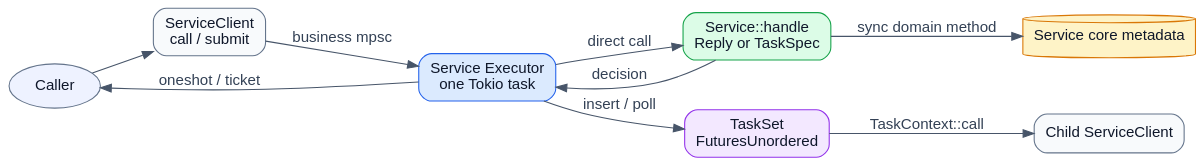
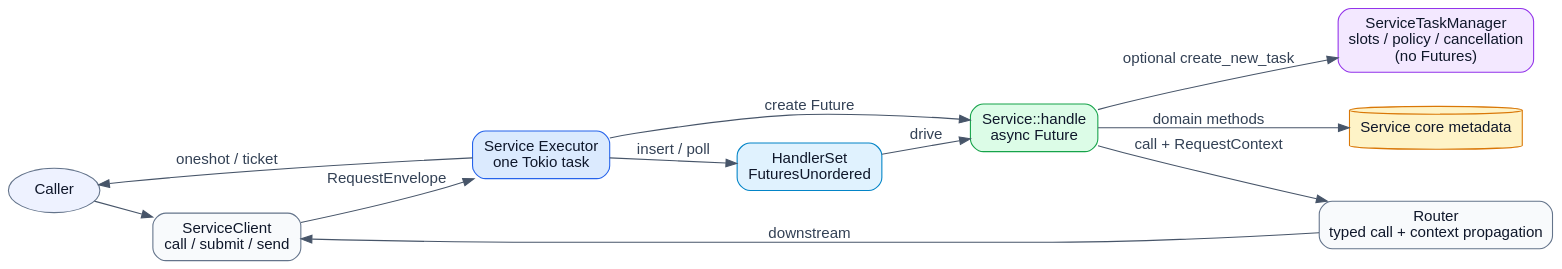
Before and after one commit to limushu/runtime: the diagram in docs/diagrams/runtime.dot, drawn with Graphviz. The commit also changed 33 other files, not shown here.

Commit message:
refactor: make handler futures the execution unit

```diff
--- a/docs/diagrams/runtime.dot
+++ b/docs/diagrams/runtime.dot
@@ -1,20 +1,23 @@
 digraph runtime {
   graph [rankdir=LR, bgcolor="transparent", pad=0.3, nodesep=0.45, ranksep=0.65];
   node [shape=box, style="rounded,filled", fontname="Arial", color="#64748b", fillcolor="#f8fafc", fontcolor="#0f172a", margin="0.16,0.10"];
   edge [fontname="Arial", color="#475569", fontcolor="#334155"];
   caller [label="Caller", shape=oval, fillcolor="#eef2ff"];
-  client [label="ServiceClient\ncall / submit"];
+  client [label="ServiceClient\ncall / submit / send"];
   executor [label="Service Executor\none Tokio task", fillcolor="#dbeafe", color="#2563eb"];
-  handle [label="Service::handle\nReply or TaskSpec", fillcolor="#dcfce7", color="#16a34a"];
+  handlers [label="HandlerSet\nFuturesUnordered", fillcolor="#e0f2fe", color="#0284c7"];
+  handle [label="Service::handle\nasync Future", fillcolor="#dcfce7", color="#16a34a"];
   metadata [label="Service core metadata", shape=cylinder, fillcolor="#fef3c7", color="#d97706"];
-  tasks [label="TaskSet\nFuturesUnordered", fillcolor="#f3e8ff", color="#9333ea"];
-  child [label="Child ServiceClient"];
+  tasks [label="ServiceTaskManager\nslots / policy / cancellation\n(no Futures)", fillcolor="#f3e8ff", color="#9333ea"];
+  router [label="Router\ntyped call + context propagation"];
   caller -> client;
-  client -> executor [label=" business mpsc"];
-  executor -> handle [label=" direct call"];
-  handle -> metadata [label=" sync domain method"];
-  handle -> executor [label=" decision"];
-  executor -> tasks [label=" insert / poll"];
-  tasks -> child [label=" TaskContext::call"];
+  client -> executor [label=" RequestEnvelope"];
+  executor -> handle [label=" create Future"];
+  executor -> handlers [label=" insert / poll"];
+  handlers -> handle [label=" drive"];
+  handle -> metadata [label=" domain methods"];
+  handle -> tasks [label=" optional create_new_task"];
+  handle -> router [label=" call + RequestContext"];
+  router -> client [label=" downstream"];
   executor -> caller [label=" oneshot / ticket"];
 }
```
